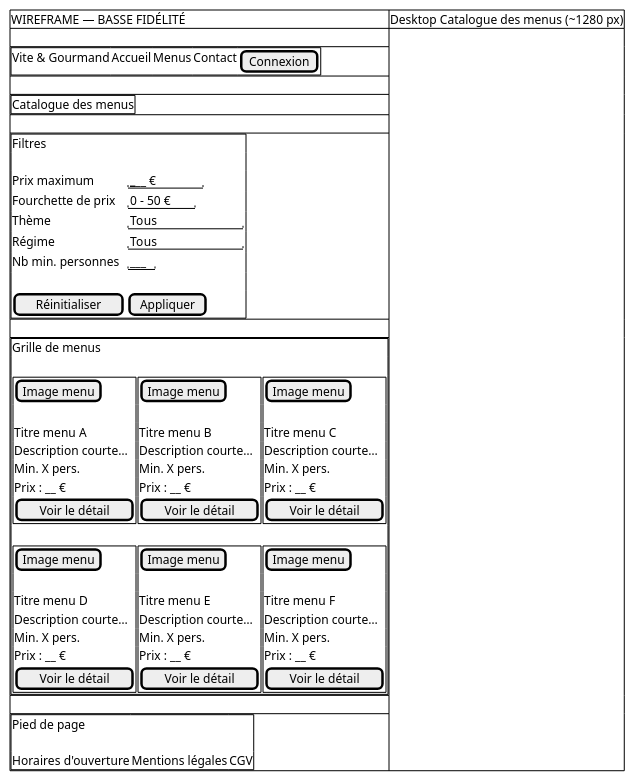
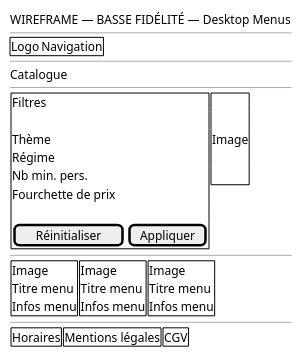
One commit to Meldince6790/vite-et-gourmand changed the diagram in docs/wireframes/wireframe-desktop-menus.puml. Above: the diagram before and after it, drawn with PlantUML. The commit also changed 11 other files, not shown here.

```diff
--- a/docs/wireframes/wireframe-desktop-menus.puml
+++ b/docs/wireframes/wireframe-desktop-menus.puml
@@ -1,99 +1,65 @@
 @startsalt
-' WIREFRAME — BASSE FIDÉLITÉ
-' Desktop Catalogue des menus — ~1280 px (indicatif)
+skinparam backgroundColor #FFFFFF
+skinparam defaultFontColor #000000
+skinparam shadowing false
+' WIREFRAME — BASSE FIDÉLITÉ — Desktop Menus (blocs fonctionnels)
 {
-{#
-WIREFRAME — BASSE FIDÉLITÉ | Desktop Catalogue des menus (~1280 px)
-.
+WIREFRAME — BASSE FIDÉLITÉ — Desktop Menus
+----
 {+
-Vite & Gourmand | Accueil | Menus | Contact | [Connexion]
+Logo | Navigation
 }
-.
-{+
-Catalogue des menus
-}
-.
+----
+Catalogue
+----
+{
 {+
 Filtres
 .
-Prix maximum | "_______ €"
-Fourchette de prix | "0 – 50 €"
-Thème | "Tous          "
-Régime | "Tous          "
-Nb min. personnes | "___"
+Thème
+Régime
+Nb min. pers.
+Fourchette de prix
 .
 [Réinitialiser] | [Appliquer]
+} |
+{+
+.
+.
+Image
+.
+.
 }
-.
-{+
-Grille de menus
-.
+}
+----
 {
 {+
-[Image menu]
-.
-Titre menu A
-Description courte…
-Min. X pers.
-Prix : __ €
-[Voir le détail]
+Image
+Titre menu
+Infos menu
 } |
 {+
-[Image menu]
-.
-Titre menu B
-Description courte…
-Min. X pers.
-Prix : __ €
-[Voir le détail]
+Image
+Titre menu
+Infos menu
 } |
 {+
-[Image menu]
-.
-Titre menu C
-Description courte…
-Min. X pers.
-Prix : __ €
-[Voir le détail]
+Image
+Titre menu
+Infos menu
 }
 }
-.
+----
 {
 {+
-[Image menu]
-.
-Titre menu D
-Description courte…
-Min. X pers.
-Prix : __ €
-[Voir le détail]
+Horaires
 } |
 {+
-[Image menu]
-.
-Titre menu E
-Description courte…
-Min. X pers.
-Prix : __ €
-[Voir le détail]
+Mentions légales
 } |
 {+
-[Image menu]
-.
-Titre menu F
-Description courte…
-Min. X pers.
-Prix : __ €
-[Voir le détail]
-}
-}
-}
-.
-{+
-Pied de page
-.
-Horaires d'ouverture | Mentions légales | CGV
+CGV
 }
 }
 }
 @endsalt
```
